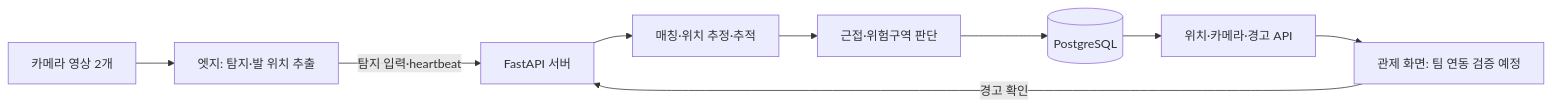
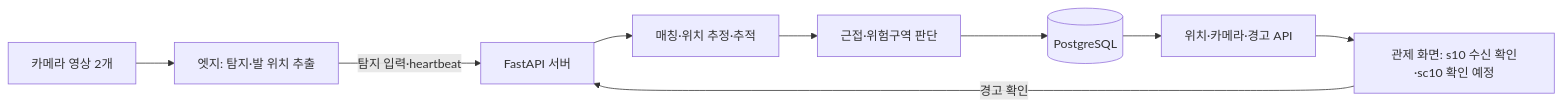
Before and after one commit to geunchanKim/Comprehensive-Design-Project2-CCTV-Safety: the diagram in docs/specs/sw-registration-backend.md, drawn with Mermaid. The commit also changed other lines of this file and 2 other files, not shown here.

````diff
--- a/docs/specs/sw-registration-backend.md
+++ b/docs/specs/sw-registration-backend.md
@@ -9,11 +9,11 @@
 ```mermaid
 flowchart LR
     cameras[카메라 영상 2개] --> edge[엣지: 탐지·발 위치 추출]
     edge -->|탐지 입력·heartbeat| api[FastAPI 서버]
     api --> geometry[매칭·위치 추정·추적]
     geometry --> decision[근접·위험구역 판단]
     decision --> db[(PostgreSQL)]
     db --> delivery[위치·카메라·경고 API]
-    delivery --> frontend[관제 화면: 팀 연동 검증 예정]
+    delivery --> frontend[관제 화면: s10 수신 확인·sc10 확인 예정]
     frontend -->|경고 확인| api
 ```
````
